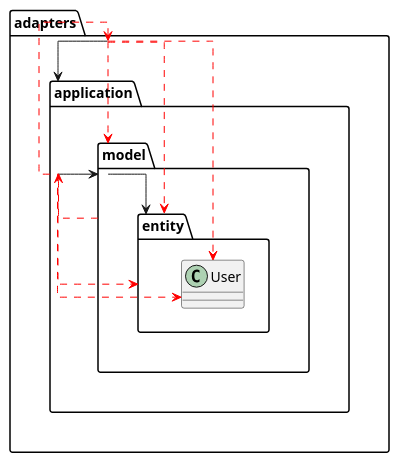
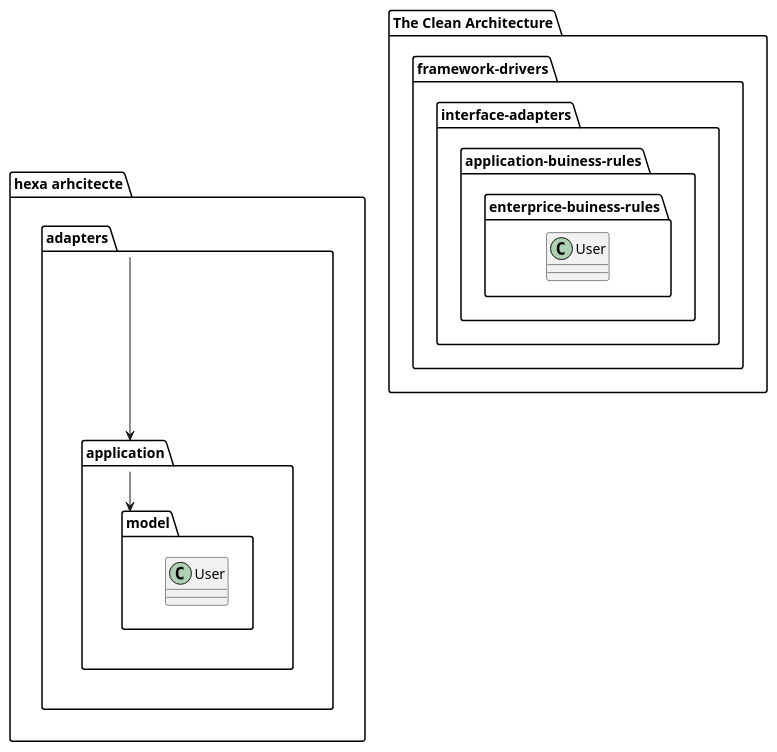
The diagram in uml.plantuml (punkratz312/clean-architecture), drawn with PlantUML before and after one commit. The commit also changed 1 other file, not shown here.

```diff
--- a/uml.plantuml
+++ b/uml.plantuml
@@ -1,23 +1,33 @@
 @startuml
 skinparam linetype ortho
+package "hexa arhcitecte" as hexa {
 package adapters {
     package application {
         package model {
-            package entity {
-                class User {
-                }
+            class User {
             }
         }
     }
 }
+}
+package "The Clean Architecture" as ca {
+package "framework-drivers" as fa {
+    package "interface-adapters" as ia {
+    package "application-buiness-rules" {
+        package "enterprice-buiness-rules" as apprules {
+                class User {
+
+        }
+        }
+    }
+    }
+}
+}
 adapters --> application
 application --> model
-model --> entity
-model .[#red].> application
-application .[#red].> entity
-application .[#red].> User
-application .[#red].> adapters
-adapters .[#red].> model
-adapters .[#red].> entity
-adapters .[#red].> User
+'model .[#red].> application
+'application .[#red].> User
+'application .[#red].> adapters
+'adapters .[#red].> model
+'adapters .[#red].> User
 @enduml
```
